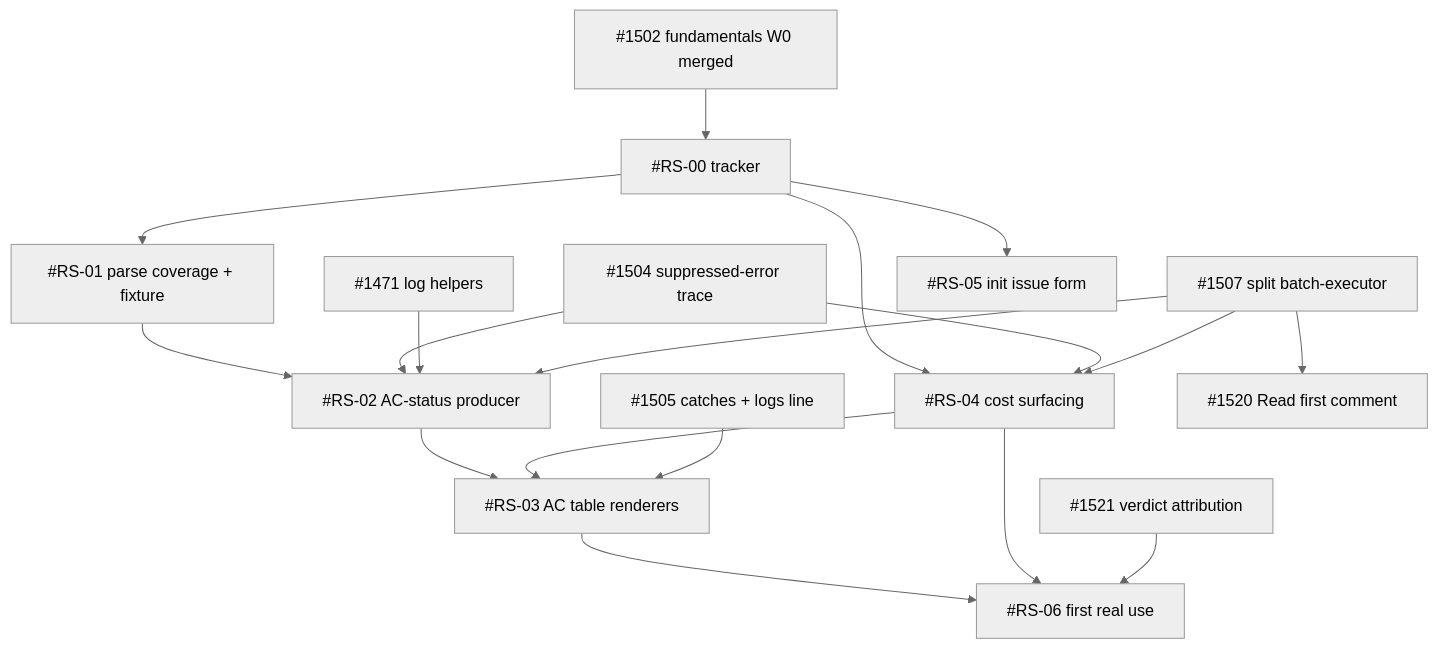
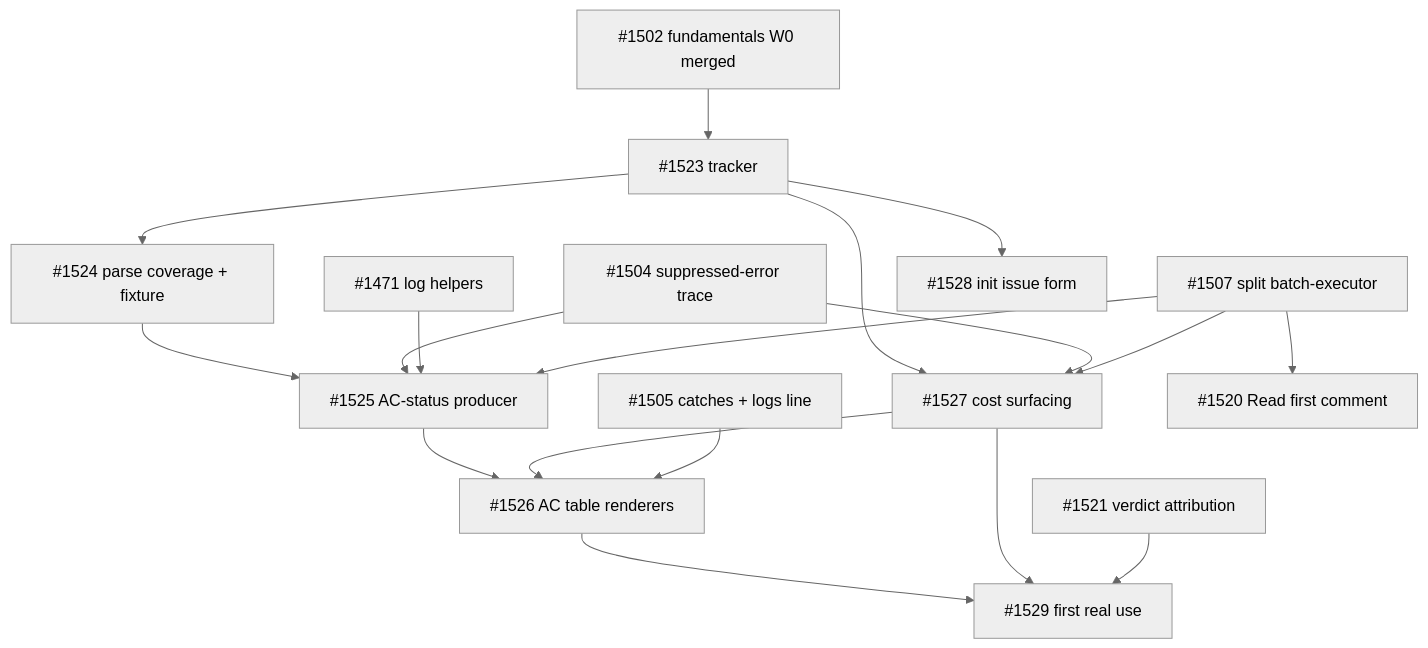
The diagram in docs/internal/graph-2026-10-review-surface/issue-graph.md (sequant-io/sequant), drawn with Mermaid (neutral theme) before and after one commit. The commit also changed other lines of this file and 10 other files, not shown here.

First line of the commit message:
docs(#1523): founding doc, issue graph and as-filed snapshots for graph-2026-10-review-surface

````diff
--- a/docs/internal/graph-2026-10-review-surface/issue-graph.md
+++ b/docs/internal/graph-2026-10-review-surface/issue-graph.md
@@ -20,34 +20,34 @@
 ```mermaid
 graph TD
     F0[#1502 fundamentals W0 merged]
     F4[#1504 suppressed-error trace]
     X1[#1471 log helpers]
     X5[#1505 catches + logs line]
     X7[#1507 split batch-executor]
-    T[#RS-00 tracker]
-    S1[#RS-01 parse coverage + fixture]
-    S2[#RS-02 AC-status producer]
-    S3[#RS-03 AC table renderers]
-    S4[#RS-04 cost surfacing]
-    S5[#RS-05 init issue form]
+    T[#1523 tracker]
+    S1[#1524 parse coverage + fixture]
+    S2[#1525 AC-status producer]
+    S3[#1526 AC table renderers]
+    S4[#1527 cost surfacing]
+    S5[#1528 init issue form]
     A[#1521 verdict attribution]
     R[#1520 Read first comment]
-    S6[#RS-06 first real use]
+    S6[#1529 first real use]
     F0 --> T
     T --> S1
     T --> S4
     T --> S5
     S1 --> S2
     F4 --> S2
     X1 --> S2
     X7 --> S2
     F4 --> S4
     X7 --> S4
     S2 --> S3
     S4 --> S3
     X5 --> S3
     X7 --> R
     S3 --> S6
     S4 --> S6
     A --> S6
 ```
````
